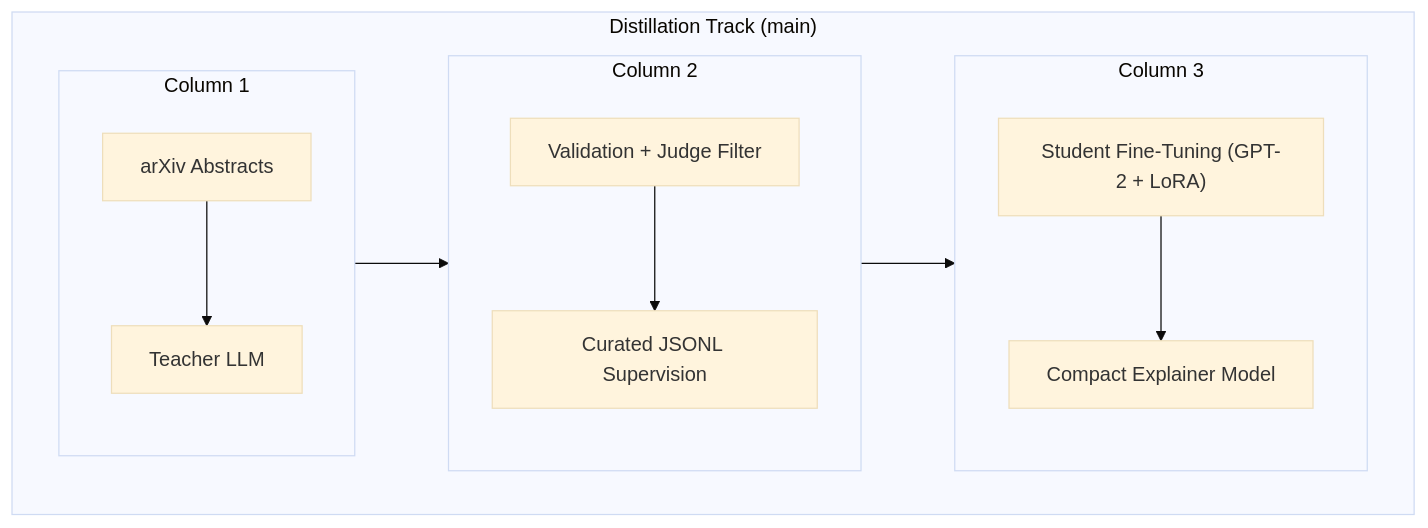
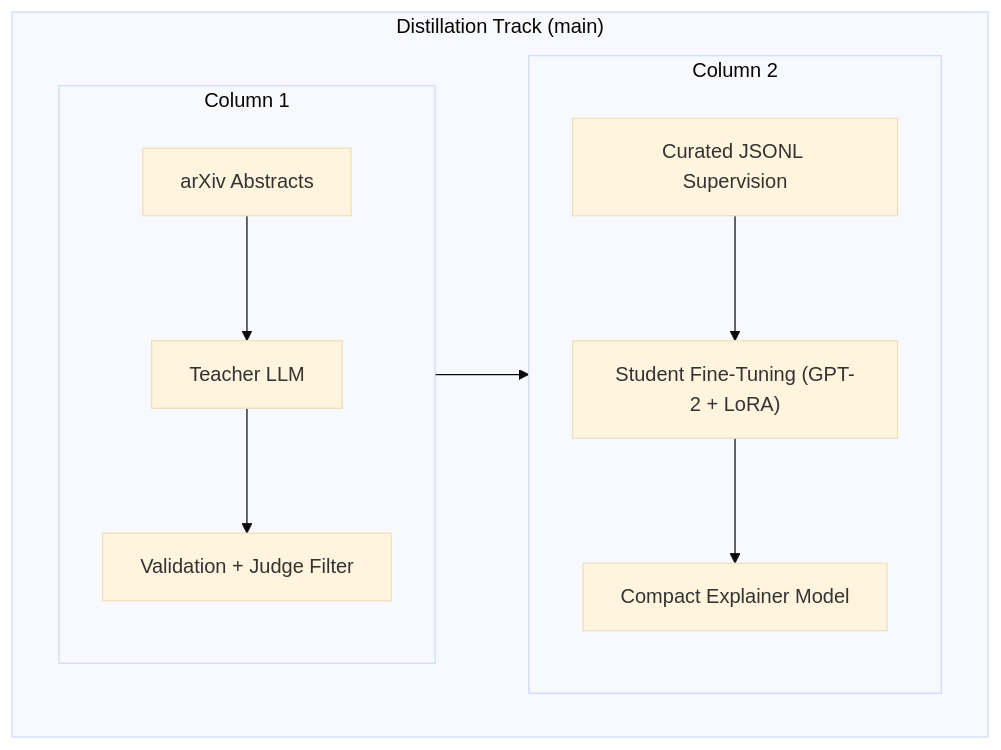
Before and after one commit to daspushpita/MiniAstroGPT: the first of 2 diagrams in README.md, drawn with Mermaid (base theme). The commit also changed other lines of this file, not shown here.

````diff
--- a/README.md
+++ b/README.md
@@ -81,24 +81,18 @@
 ```mermaid
 flowchart LR
   subgraph D["Distillation Track (main)"]
     direction LR
 
     subgraph D1["Column 1"]
       direction TB
-      A["arXiv Abstracts"] --> B["Teacher LLM"]
+      A["arXiv Abstracts"] --> B["Teacher LLM"] --> C["Validation + Judge Filter"]
     end
 
     subgraph D2["Column 2"]
       direction TB
-      C["Validation + Judge Filter"] --> E["Curated JSONL Supervision"]
+      E["Curated JSONL Supervision"] --> F["Student Fine-Tuning (GPT-2 + LoRA)"] --> G["Compact Explainer Model"]
     end
 
-    subgraph D3["Column 3"]
-      direction TB
-      F["Student Fine-Tuning (GPT-2 + LoRA)"] --> G["Compact Explainer Model"]
-    end
-
-    B --> C
-    E --> F
+    C --> E
   end
 ```
````
